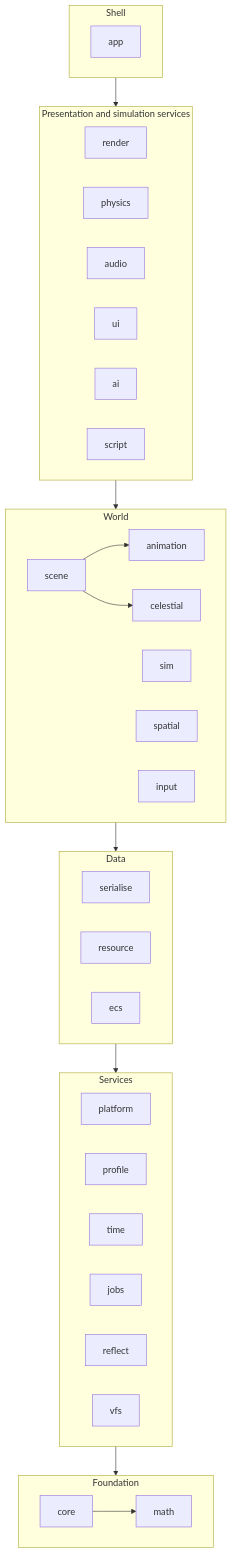
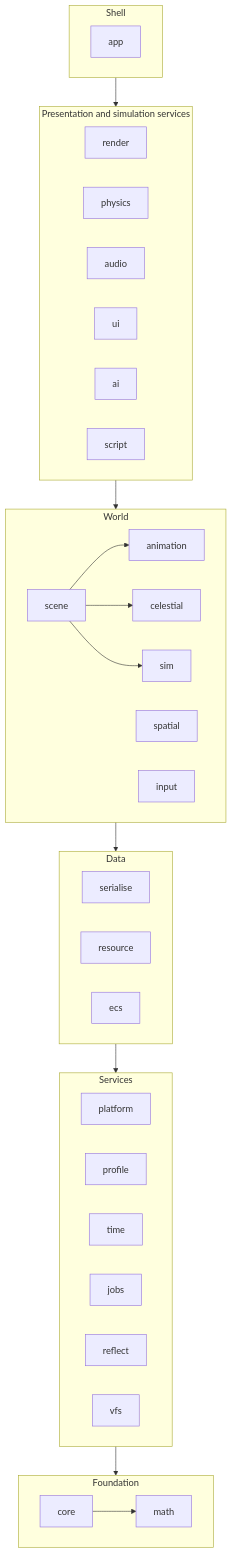
Before and after one commit to ivanhawkes/jettison: the diagram in docs/architecture.md, drawn with Mermaid. The commit also changed other lines of this file and 27 other files, not shown here.

````diff
--- a/docs/architecture.md
+++ b/docs/architecture.md
@@ -107,28 +107,29 @@
 ```mermaid
 flowchart TB
     subgraph T0[Foundation]
         core --> math
     end
     subgraph T1[Services]
         platform; profile; time; jobs; reflect; vfs
     end
     subgraph T2[Data]
         serialise; resource; ecs
     end
     subgraph T3[World]
         scene --> animation
         scene --> celestial
+        scene --> sim
         sim; spatial; input
     end
     subgraph T4[Presentation and simulation services]
         render; physics; audio; ui; ai; script
     end
     subgraph T5[Shell]
         app
     end
     T1 --> T0
     T2 --> T1
     T3 --> T2
     T4 --> T3
     T5 --> T4
 ```
````
